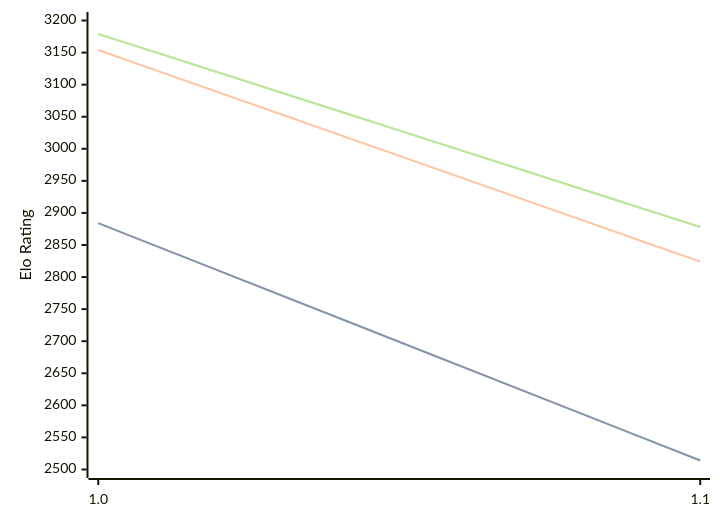
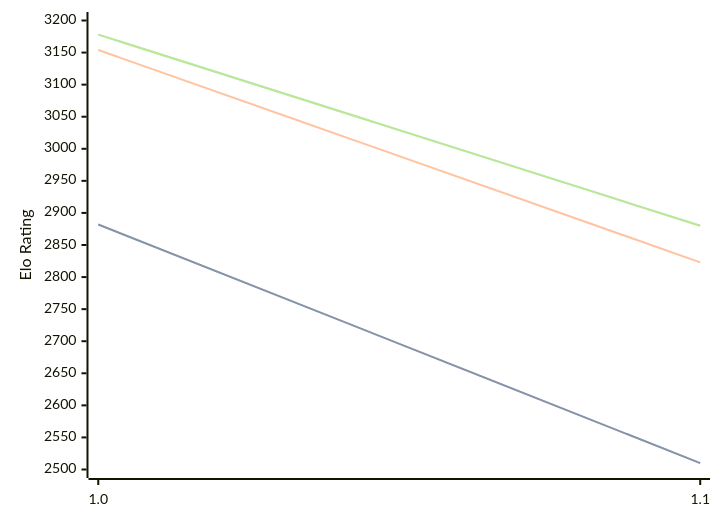
One commit to computer-chess-index/cci changed the diagram in engines/Publius.md. Above: the diagram before and after it, drawn with Mermaid. The commit also changed other lines of this file, not shown here.

Commit message:
Update CCI Ratings (ELO VLTC) - 2026-03-03

````diff
--- a/engines/Publius.md
+++ b/engines/Publius.md
@@ -30,11 +30,11 @@
 ```mermaid
 %%{init: {"theme":"base","themeVariables":{"seriesColors:['#a3a3a3','#222221','#faa371']}}}%%
 xychart-beta
   x-axis ["1.0", "1.1"]
   y-axis "Elo Rating" 2500 --> 3200
-  line "STC (8.0+0.08s)" [2884, 2514]
-  line "STC (8.0+0.08s)" [2884, 2514]
-  line "LTC (60.0+0.60s)" [3154, 2824]
-  line "VLTC (2m24s+1.12s)" [3179, 2878]
-  line "VLTC (2m24s+1.12s)" [3179, 2878]
+  line "STC (8.0+0.08s)" [2882, 2510]
+  line "STC (8.0+0.08s)" [2882, 2510]
+  line "LTC (60.0+0.60s)" [3154, 2823]
+  line "VLTC (2m24s+1.12s)" [3178, 2880]
+  line "VLTC (2m24s+1.12s)" [3178, 2880]
 ```
````
